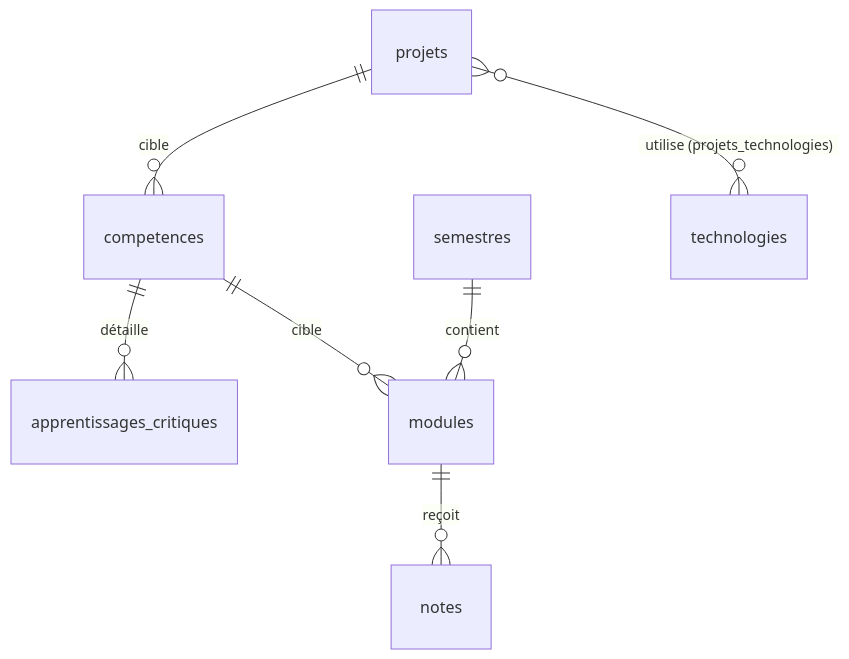
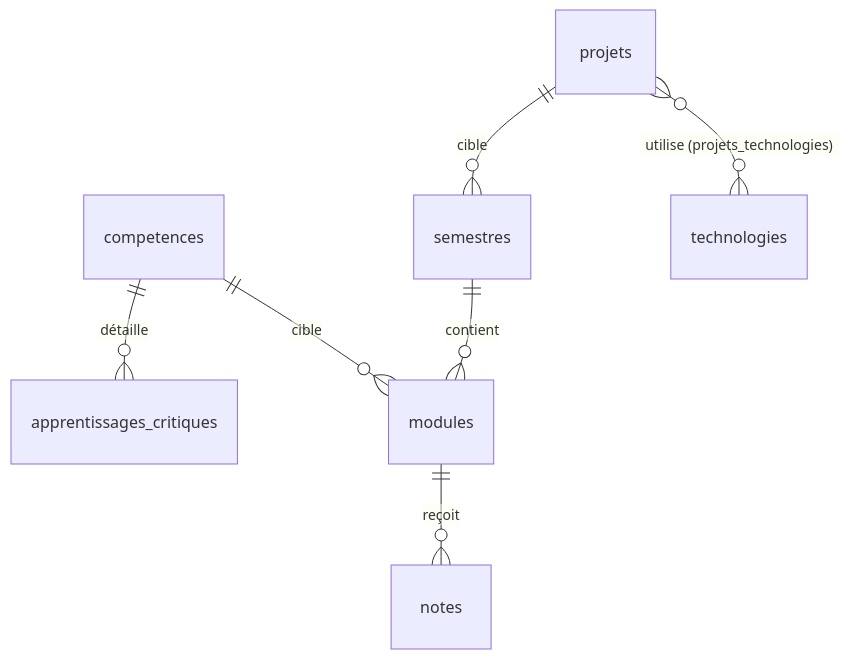
The second of 2 diagrams in architecture/ARCHITECTURE.md (tshazlytembo123-bot/tshazly-man-tte), drawn with Mermaid before and after one commit.

Commit message:
Modify project relationships in architecture document
Updated relationships in the architecture diagram.

````diff
--- a/architecture/ARCHITECTURE.md
+++ b/architecture/ARCHITECTURE.md
@@ -65,9 +65,9 @@
 ```mermaid
 erDiagram
   competences ||--o{ apprentissages_critiques : "détaille"
   competences ||--o{ modules : "cible"
   semestres ||--o{ modules : "contient"
   modules ||--o{ notes : "reçoit"
-  projets ||--o{competences : "cible"
+  projets ||--o{semestres : "cible"
   projets }o--o{ technologies : "utilise (projets_technologies)"
 ```
````
